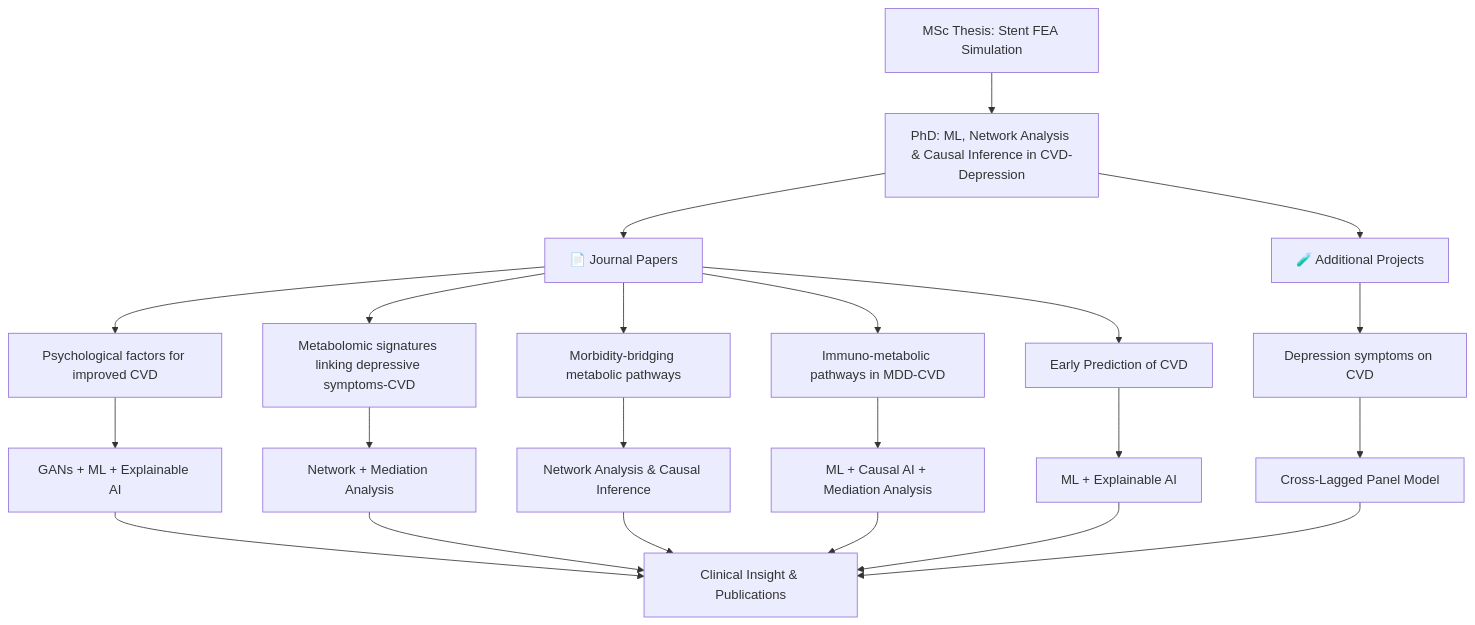
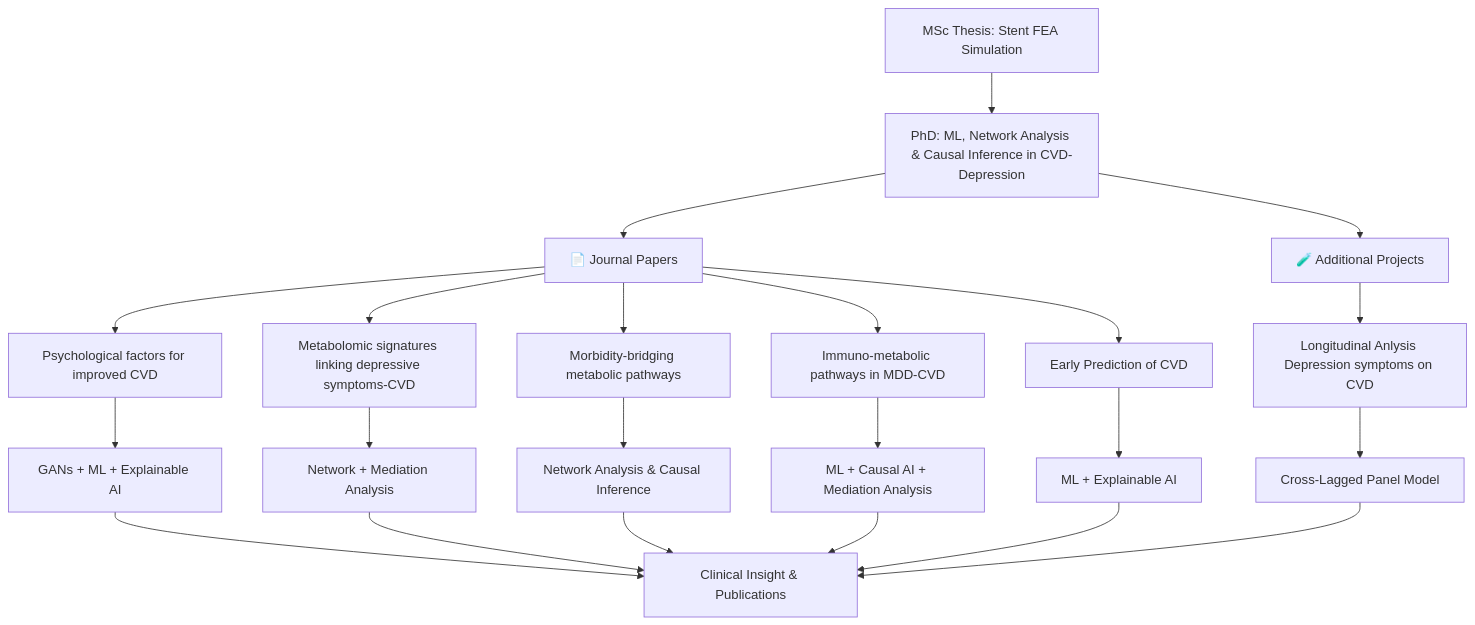
One commit to AngelaKoloi/Biomedical-Data-Science-Research changed the diagram in README.md. Above: the diagram before and after it, drawn with Mermaid.

````diff
--- a/README.md
+++ b/README.md
@@ -17,29 +17,29 @@
 ```mermaid
 graph TD
     A[MSc Thesis: Stent FEA Simulation] --> B[PhD: ML, Network Analysis & Causal Inference in CVD-Depression]
 
     B --> JP[📄 Journal Papers]
     B --> AP[🧪 Additional Projects]
 
     JP --> C[Psychological factors for improved CVD]
     JP --> D[Metabolomic signatures linking depressive symptoms-CVD]
     JP --> E[Morbidity-bridging metabolic pathways]
     JP --> F[Immuno-metabolic pathways in MDD-CVD]
     JP --> V[Early Prediction of CVD]
 
     C --> G[GANs + ML + Explainable AI]
     D --> H[Network + Mediation Analysis]
     E --> I[Network Analysis & Causal Inference]
     F --> J[ML + Causal AI + Mediation Analysis]
     V --> M[ML + Explainable AI]
 
     G --> K[Clinical Insight & Publications]
     H --> K
     I --> K
     J --> K
     M --> K
 
-    AP --> L[Depression symptoms on CVD]
+    AP --> L[Longitudinal Anlysis Depression symptoms on CVD]
     L --> O[Cross-Lagged Panel Model]
     O --> K
 ```
````
